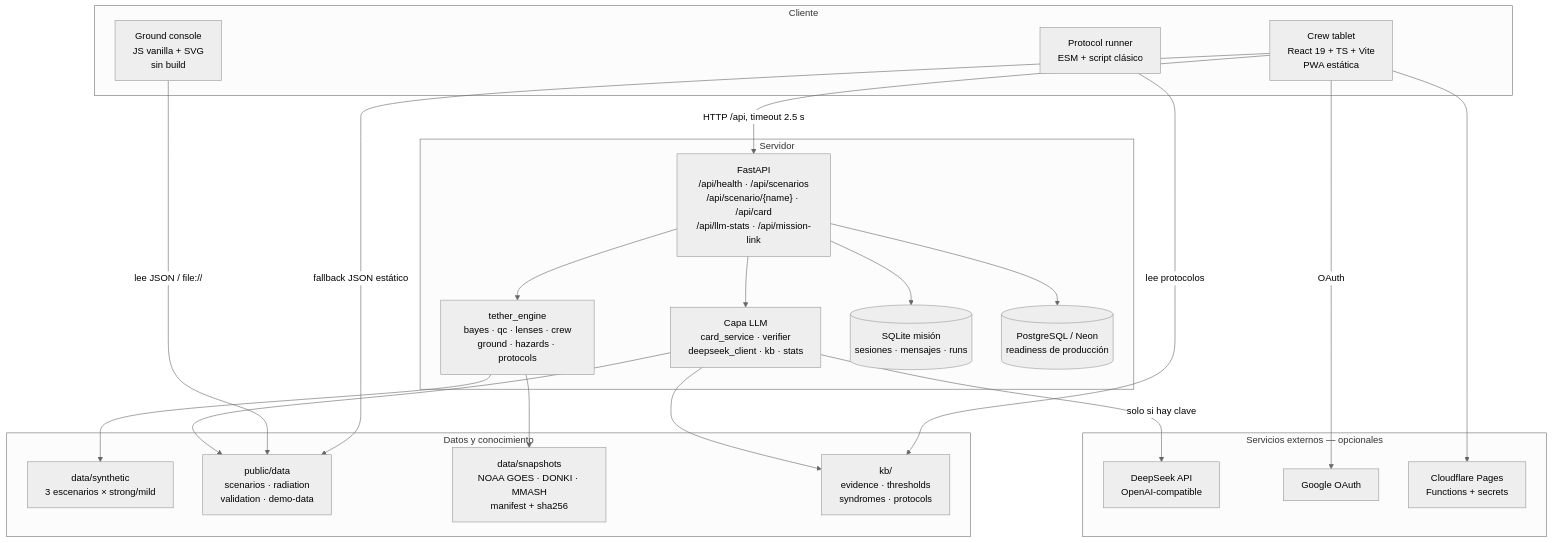
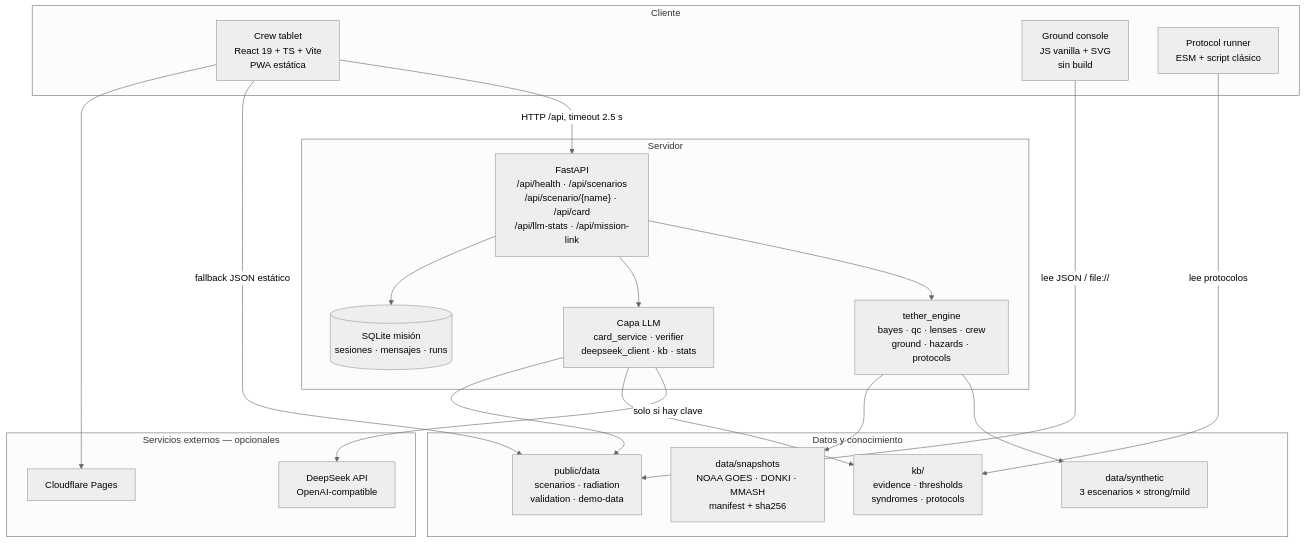
One commit to juanitogit/LIGHTMINUTE changed the second of 4 diagrams in docs/avances/avances.md. Above: the diagram before and after it, drawn with Mermaid (neutral theme). The commit also changed other lines of this file and 27 other files, not shown here.

Commit message:
Remove Google sign-in and Neon integration

````diff
--- a/docs/avances/avances.md
+++ b/docs/avances/avances.md
@@ -143,45 +141,41 @@
 ```mermaid
 flowchart TB
   subgraph Cliente["Cliente"]
     TAB["Crew tablet\nReact 19 + TS + Vite\nPWA estática"]
     CON["Ground console\nJS vanilla + SVG\nsin build"]
     RUN["Protocol runner\nESM + script clásico"]
   end
 
   subgraph Servidor["Servidor"]
     API["FastAPI\n/api/health · /api/scenarios\n/api/scenario/{name} · /api/card\n/api/llm-stats · /api/mission-link"]
     ENG["tether_engine\nbayes · qc · lenses · crew\nground · hazards · protocols"]
     LLM["Capa LLM\ncard_service · verifier\ndeepseek_client · kb · stats"]
     DB[("SQLite misión\nsesiones · mensajes · runs")]
-    PG[("PostgreSQL / Neon\nreadiness de producción")]
   end
 
   subgraph Datos["Datos y conocimiento"]
     SYN["data/synthetic\n3 escenarios × strong/mild"]
     PUB["public/data\nscenarios · radiation\nvalidation · demo-data"]
     SNAP["data/snapshots\nNOAA GOES · DONKI · MMASH\nmanifest + sha256"]
     KBD["kb/\nevidence · thresholds\nsyndromes · protocols"]
   end
 
   subgraph Externo["Servicios externos — opcionales"]
     DS["DeepSeek API\nOpenAI-compatible"]
-    GOOG["Google OAuth"]
-    CF["Cloudflare Pages\nFunctions + secrets"]
+    CF["Cloudflare Pages"]
   end
 
   TAB -->|"HTTP /api, timeout 2.5 s"| API
   TAB -->|"fallback JSON estático"| PUB
   CON -->|"lee JSON / file://"| PUB
   RUN -->|"lee protocolos"| KBD
   API --> ENG
   API --> LLM
   LLM -->|"solo si hay clave"| DS
   API --> DB
-  API --> PG
   LLM --> KBD
   ENG --> SYN
   ENG --> SNAP
   LLM --> PUB
-  TAB -->|"OAuth"| GOOG
   TAB --> CF
 ```
````
